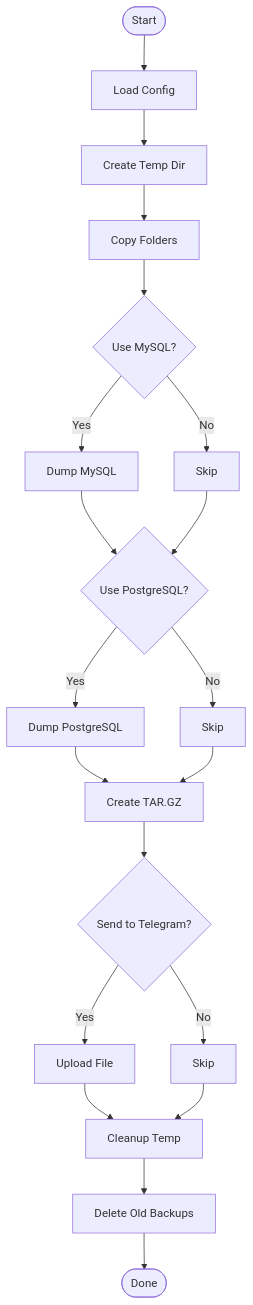
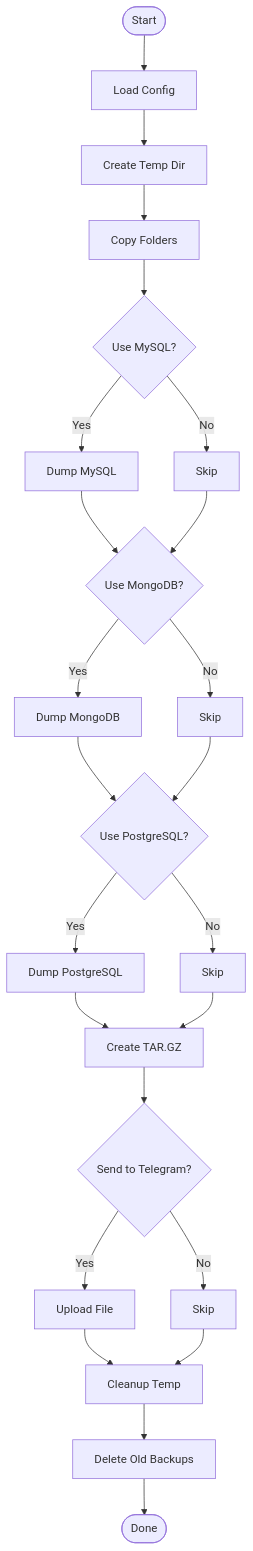
Before and after one commit to heruhendri/bot-backup-vps-script: the second of 2 diagrams in README.md, drawn with Mermaid. The commit also changed other lines of this file and 1 other file, not shown here.

````diff
--- a/README.md
+++ b/README.md
@@ -185,35 +223,39 @@
 ```mermaid
 flowchart TD
     Start([Start]) --> Load[Load Config]
 
     Load --> Tmp[Create Temp Dir]
 
     Tmp --> Copy[Copy Folders]
+
     Copy --> MySQL{Use MySQL?}
-
     MySQL -->|Yes| DumpMySQL[Dump MySQL]
     MySQL -->|No| SkipMySQL[Skip]
 
-    DumpMySQL --> PG{Use PostgreSQL?}
-    SkipMySQL --> PG
+    DumpMySQL --> Mongo{Use MongoDB?}
+    SkipMySQL --> Mongo
+
+    Mongo -->|Yes| DumpMongo[Dump MongoDB]
+    Mongo -->|No| SkipMongo[Skip]
+
+    DumpMongo --> PG{Use PostgreSQL?}
+    SkipMongo --> PG
 
     PG -->|Yes| DumpPG[Dump PostgreSQL]
     PG -->|No| SkipPG[Skip]
 
     DumpPG --> Tar[Create TAR.GZ]
     SkipPG --> Tar
 
     Tar --> Send{Send to Telegram?}
 
     Send -->|Yes| Upload[Upload File]
     Send -->|No| SkipSend[Skip]
 
     Upload --> Clean[Cleanup Temp]
     SkipSend --> Clean
 
     Clean --> Retention[Delete Old Backups]
 
     Retention --> End([Done])
-
-
 ```
````
